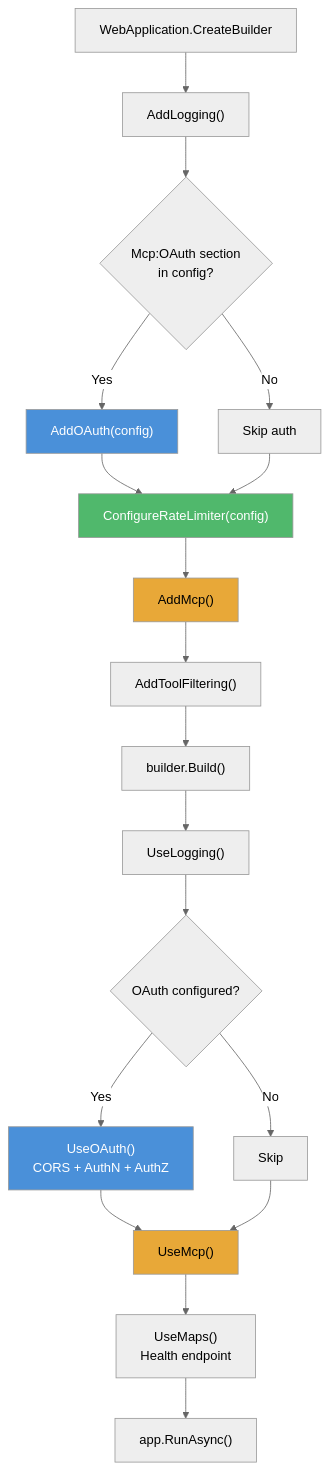
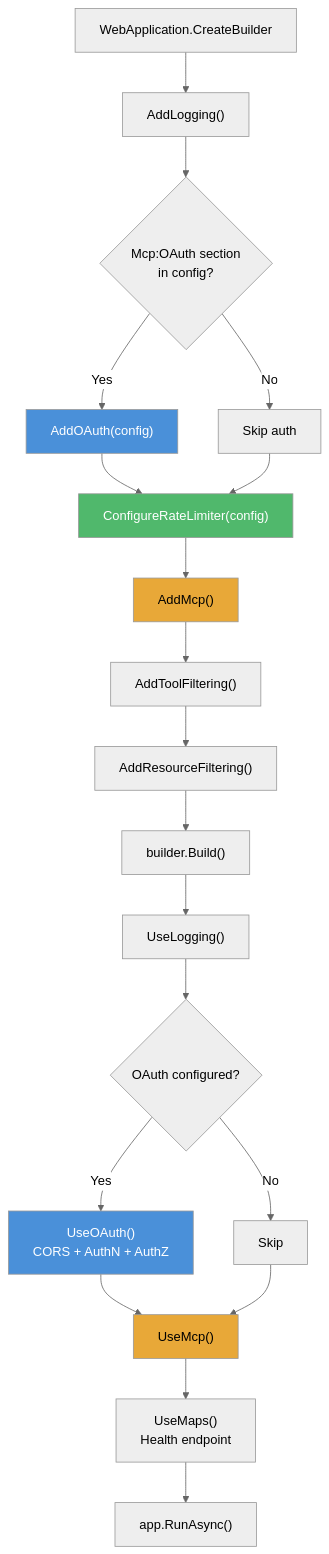
One commit to logichaos/McpPrimitiveFilters changed the second of 5 diagrams in README.md. Above: the diagram before and after it, drawn with Mermaid (neutral theme). The commit also changed other lines of this file and 22 other files, not shown here.

````diff
--- a/README.md
+++ b/README.md
@@ -280,26 +305,27 @@
 ```mermaid
 flowchart TD
     A[WebApplication.CreateBuilder] --> B["AddLogging()"]
     B --> C{"Mcp:OAuth section<br/>in config?"}
     C -->|Yes| D["AddOAuth(config)"]
     C -->|No| E["Skip auth"]
     D --> F["ConfigureRateLimiter(config)"]
     E --> F
     F --> G["AddMcp()"]
     G --> G2["AddToolFiltering()"]
-    G2 --> H["builder.Build()"]
+    G2 --> G3["AddResourceFiltering()"]
+    G3 --> H["builder.Build()"]
     H --> I["UseLogging()"]
     I --> J{"OAuth configured?"}
     J -->|Yes| K["UseOAuth()<br/>CORS + AuthN + AuthZ"]
     J -->|No| L["Skip"]
     K --> M["UseMcp()"]
     L --> M
     M --> N["UseMaps()<br/>Health endpoint"]
     N --> O["app.RunAsync()"]
 
     style D fill:#4a90d9,color:#fff
     style F fill:#50b86c,color:#fff
     style G fill:#e8a838,color:#000
     style K fill:#4a90d9,color:#fff
     style M fill:#e8a838,color:#000
 ```
````
